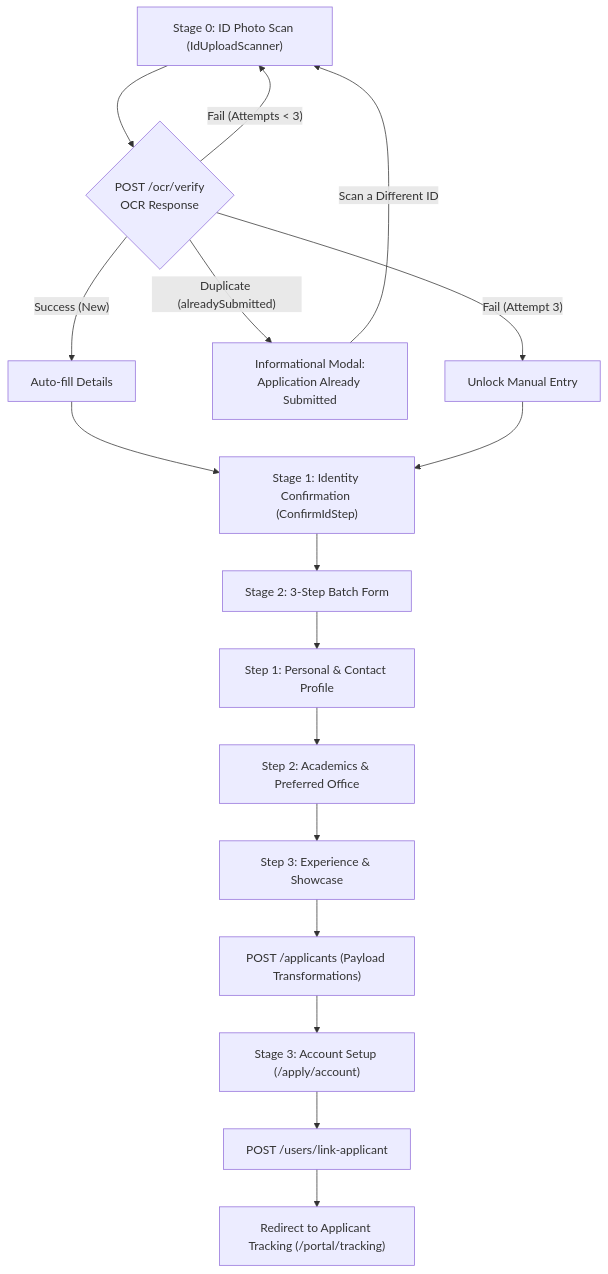
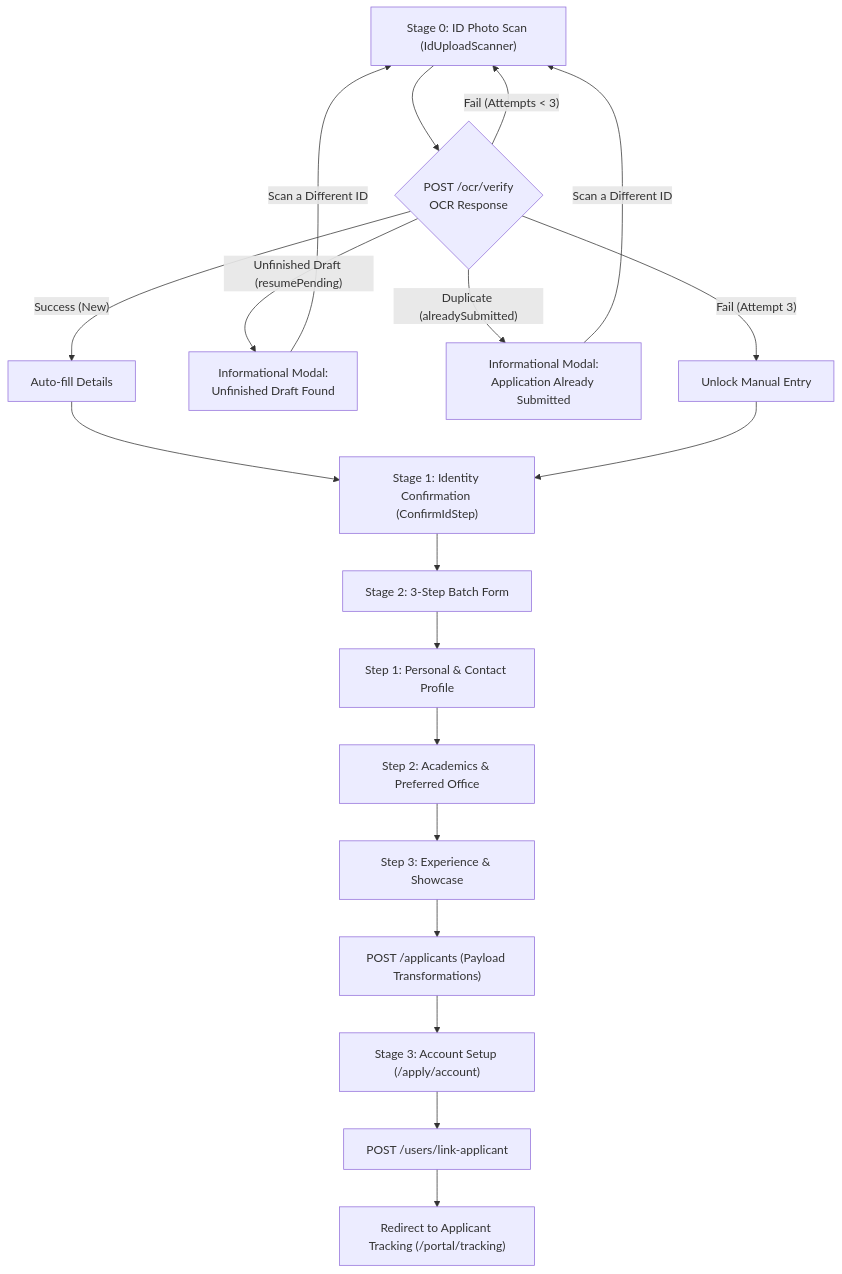
Before and after one commit to microsoft-student-community-qcu/qcu-msc-central-portal-frontend: the diagram in docs/guides/application-flow.md, drawn with Mermaid. The commit also changed other lines of this file and 1 other file, not shown here.

Commit message:
Integrated Resume Draft Application

````diff
--- a/docs/guides/application-flow.md
+++ b/docs/guides/application-flow.md
@@ -9,24 +9,26 @@
 ```mermaid
 flowchart TD
     A["Stage 0: ID Photo Scan (IdUploadScanner)"] --> B{"POST /ocr/verify<br/>OCR Response"}
     
     B -- "Success (New)" --> C["Auto-fill Details"]
+    B -- "Unfinished Draft (resumePending)" --> M["Informational Modal:<br/>Unfinished Draft Found"]
+    M -- "Scan a Different ID" --> A
     B -- "Duplicate (alreadySubmitted)" --> K["Informational Modal:<br/>Application Already Submitted"]
     K -- "Scan a Different ID" --> A
     B -- "Fail (Attempts < 3)" --> A
     B -- "Fail (Attempt 3)" --> D["Unlock Manual Entry"]
     
     C --> E["Stage 1: Identity Confirmation (ConfirmIdStep)"]
     D --> E
     
     E --> F["Stage 2: 3-Step Batch Form"]
     F --> F1["Step 1: Personal & Contact Profile"]
     F1 --> F2["Step 2: Academics & Preferred Office"]
     F2 --> F3["Step 3: Experience & Showcase"]
     
     F3 --> G["POST /applicants (Payload Transformations)"]
     G --> H["Stage 3: Account Setup (/apply/account)"]
     
     H --> I["POST /users/link-applicant"]
     I --> J["Redirect to Applicant Tracking (/portal/tracking)"]
 ```
````
